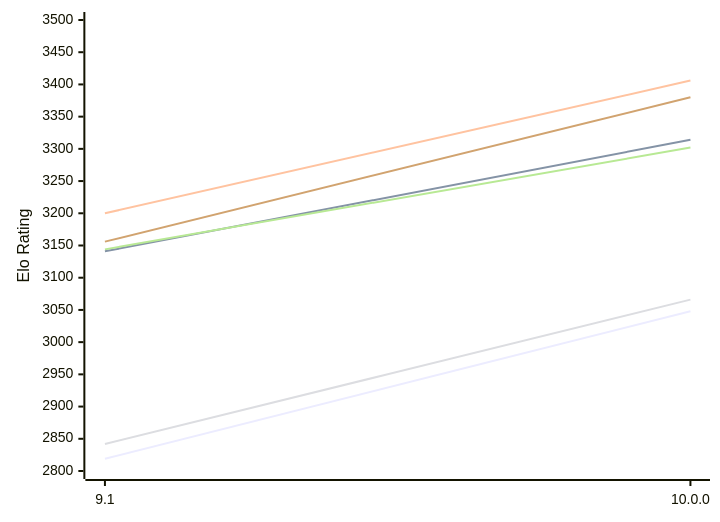
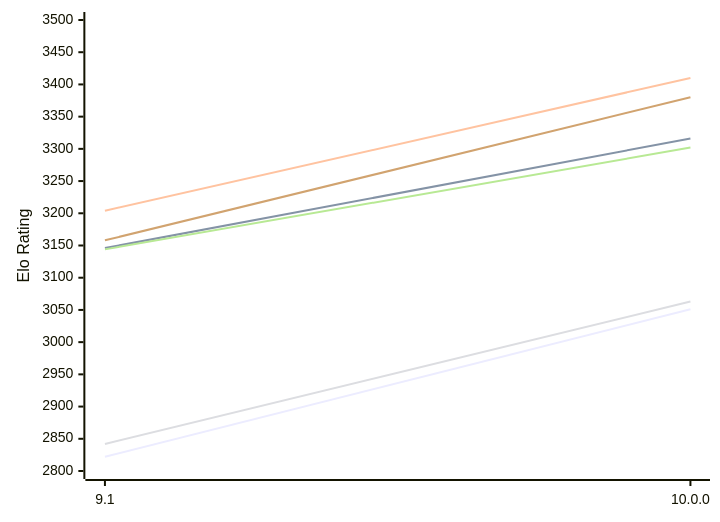
The first of 2 diagrams in engines/Pea.md (computer-chess-index/cci), drawn with Mermaid before and after one commit. The commit also changed other lines of this file, not shown here.

Commit message:
Update CCI Ratings (ELO VLTC) - 2026-11-22

````diff
--- a/engines/Pea.md
+++ b/engines/Pea.md
@@ -58,12 +58,12 @@
 ```mermaid
 %%{init: {"theme":"base","themeVariables":{"seriesColors:['#a3a3a3','#222221','#faa371']}}}%%
 xychart-beta
   x-axis ["9.1", "10.0.0"]
   y-axis "Elo Rating" 2800 --> 3500
-  line "E1: STC (8.0+0.08s)" [2819, 3048]
-  line "E1: LTC (60.0+0.60s)" [3141, 3314]
-  line "E1: VLTC (2m24s+1.12s)" [3200, 3406]
-  line "P1: STC (8.0+0.08s)" [2842, 3066]
+  line "E1: STC (8.0+0.08s)" [2822, 3051]
+  line "E1: LTC (60.0+0.60s)" [3146, 3316]
+  line "E1: VLTC (2m24s+1.12s)" [3204, 3410]
+  line "P1: STC (8.0+0.08s)" [2842, 3063]
   line "P1: LTC (60.0+0.60s)" [3144, 3302]
-  line "P1: VLTC (2m24s+1.12s)" [3156, 3380]
+  line "P1: VLTC (2m24s+1.12s)" [3158, 3380]
 ```
````
